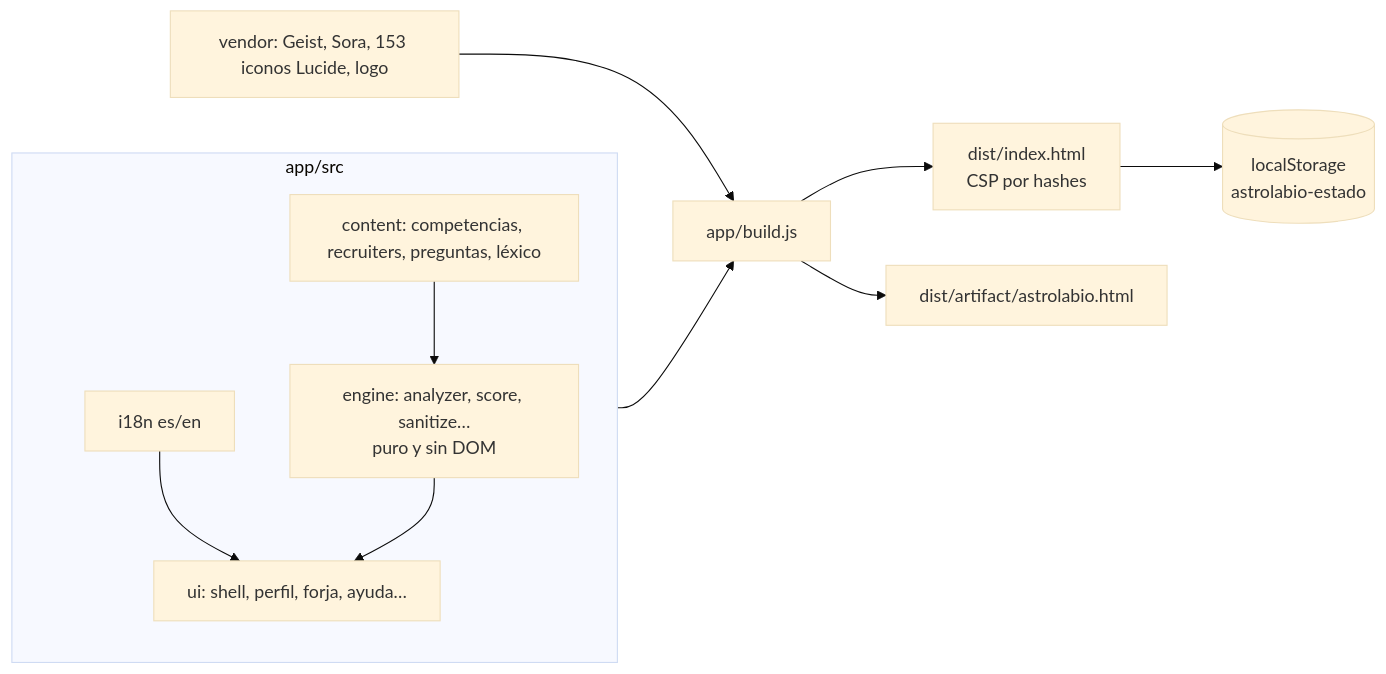
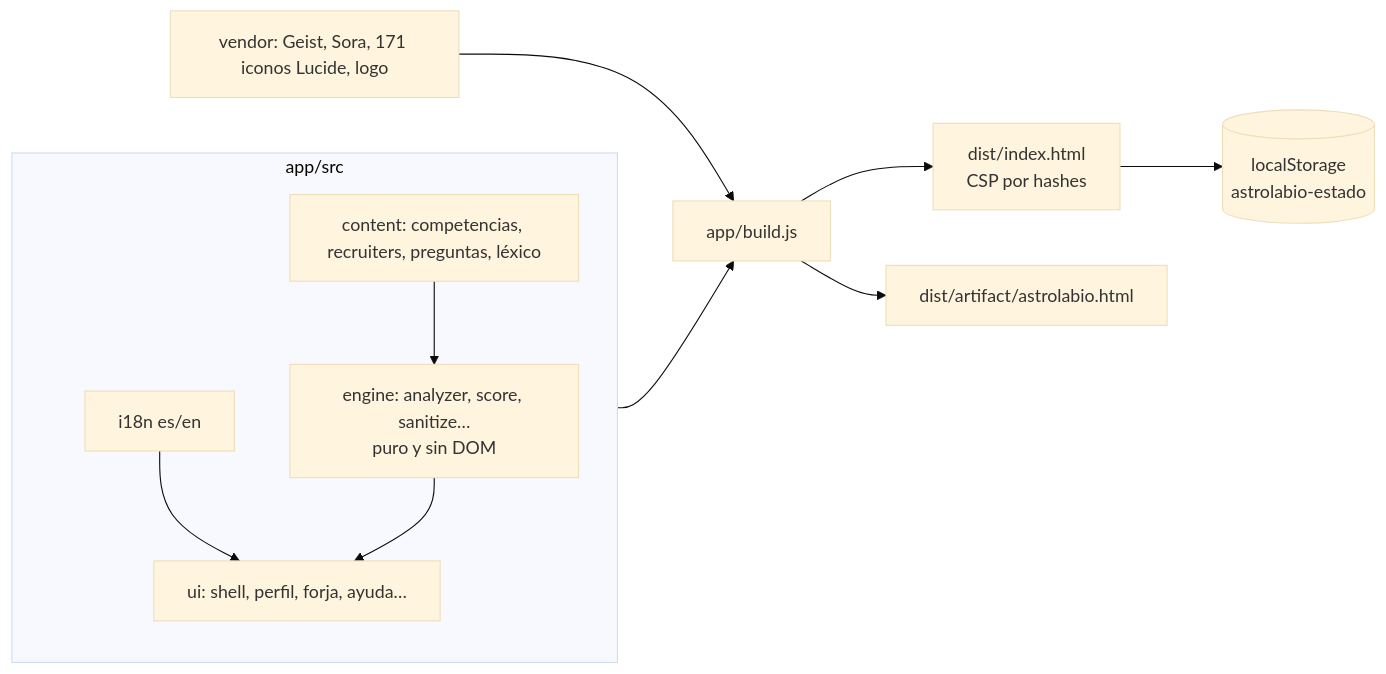
Before and after one commit to heindall92/astrolabio: the fourth of 4 diagrams in README.md, drawn with Mermaid (base theme). The commit also changed other lines of this file and 33 other files, not shown here.

````diff
--- a/README.md
+++ b/README.md
@@ -218,13 +241,13 @@
 ```mermaid
 flowchart LR
   subgraph src[app/src]
     I18N[i18n es/en] --> UI
     CONT[content: competencias, recruiters, preguntas, léxico] --> ENG
     ENG[engine: analyzer, score, sanitize…<br/>puro y sin DOM] --> UI[ui: shell, perfil, forja, ayuda…]
   end
-  V[vendor: Geist, Sora, 153 iconos Lucide, logo] --> B
+  V[vendor: Geist, Sora, 171 iconos Lucide, logo] --> B
   src --> B[app/build.js]
   B --> D[dist/index.html<br/>CSP por hashes]
   B --> A[dist/artifact/astrolabio.html]
   D --> LS[(localStorage<br/>astrolabio-estado)]
 ```
````
